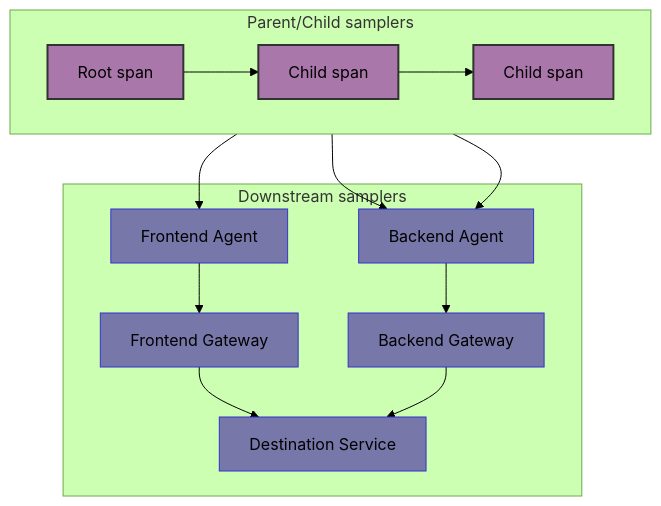
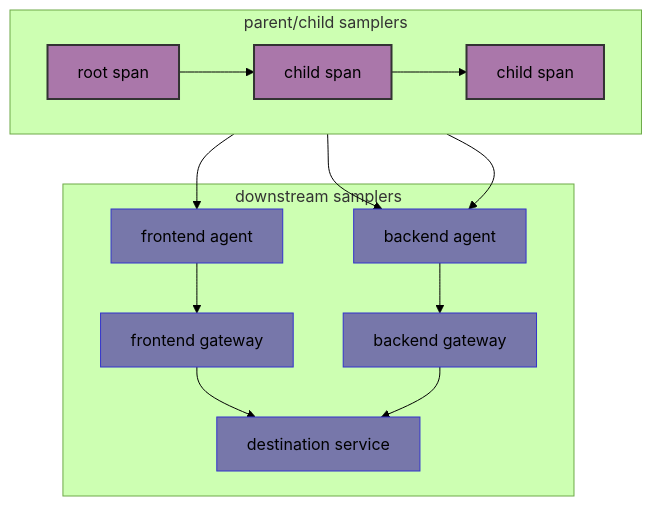
The diagram in specification/trace/tracestate-probability-sampling.md (open-telemetry/opentelemetry-specification), drawn with Mermaid (forest theme) before and after one commit.

Commit message:
mermaid10

````diff
--- a/specification/trace/tracestate-probability-sampling.md
+++ b/specification/trace/tracestate-probability-sampling.md
@@ -148,26 +148,26 @@
 ```mermaid
 graph TD
-    subgraph "Parent/Child samplers"
+    subgraph "parent/child samplers"
         direction LR
-        Root["Root span"] --> Child1["Child span"]
-        Child1 --> Child2["Child span"]
+        Root["root span"] --> Child1["child span"]
+        Child1 --> Child2["child span"]
     end
     
-    subgraph "Downstream samplers"
-		Root --> LC1["Frontend Agent"]
-		LC1 --> LC2["Frontend Gateway"]
+    subgraph "downstream samplers"
+		Root --> LC1["frontend agent"]
+		LC1 --> LC2["frontend gateway"]
     
-		Child1 --> RC1["Backend Agent"]
+		Child1 --> RC1["backend agent"]
 		Child2 --> RC1
-	    RC1 --> RC2["Backend Gateway"]
+	    RC1 --> RC2["backend gateway"]
     
-	    LC2 --> FC["Destination Service"]
+	    LC2 --> FC["destination service"]
 	    RC2 --> FC
 	end
     
     classDef span fill:#a7a,stroke:#333,stroke-width:2px;
     classDef collector fill:#77a,stroke:#33c,stroke-width:1px;
     
     class Root,Child1,Child2 span;
     class LC1,LC2,RC1,RC2,FC collector;
 ```
````
